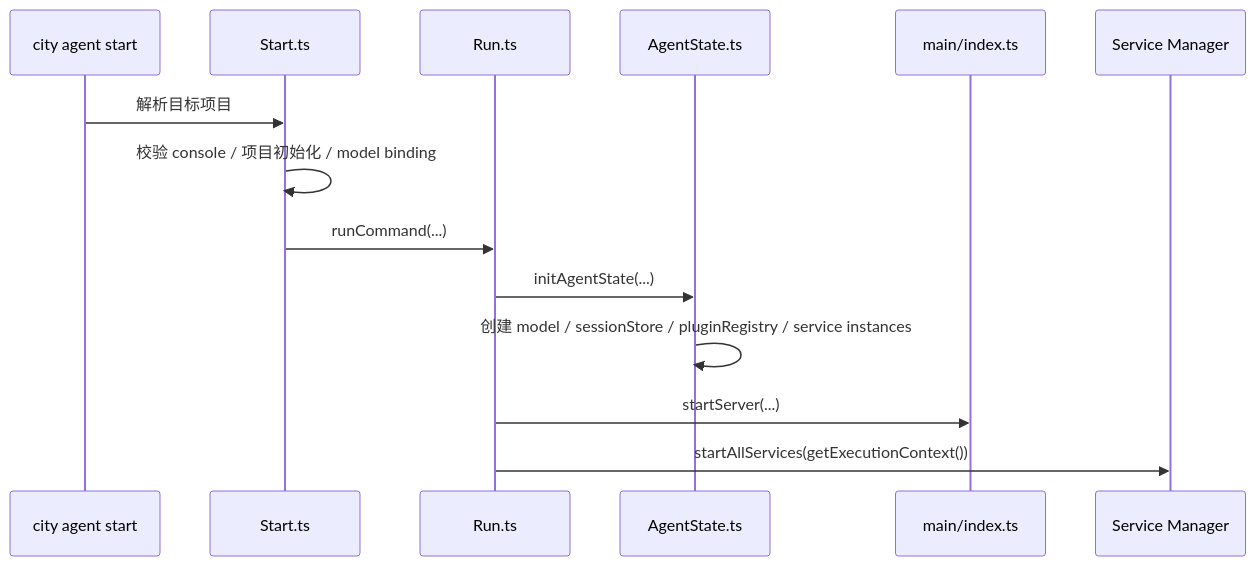
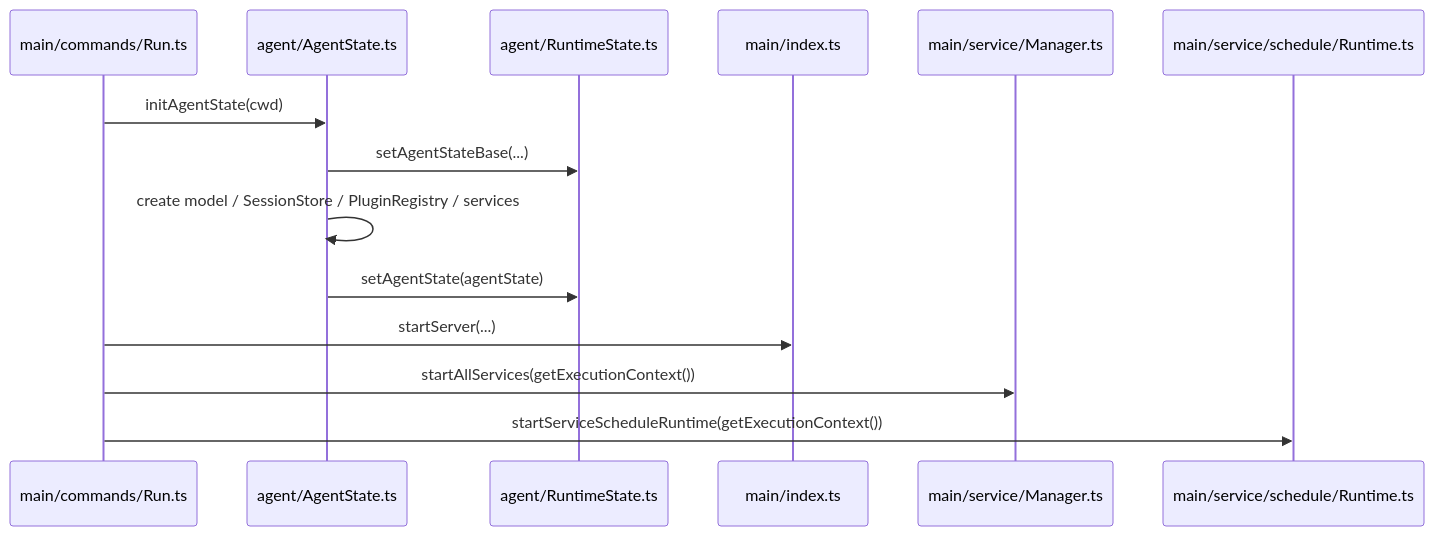
The sixth of 7 diagrams in devdocs/agent-native-architecture-design.md (wangenius/downcity), drawn with Mermaid before and after one commit. The commit also changed other lines of this file and 96 other files, not shown here.

````diff
--- a/devdocs/agent-native-architecture-design.md
+++ b/devdocs/agent-native-architecture-design.md
@@ -344,17 +214,17 @@
 ```mermaid
 sequenceDiagram
-  participant CLI as city agent start
-  participant START as Start.ts
-  participant RUN as Run.ts
-  participant AGENT as AgentState.ts
+  participant RUN as main/commands/Run.ts
+  participant AGENT as agent/AgentState.ts
+  participant STATE as agent/RuntimeState.ts
   participant SERVER as main/index.ts
-  participant SERVICES as Service Manager
+  participant SERVICES as main/service/Manager.ts
+  participant SCHEDULE as main/service/schedule/Runtime.ts
 
-  CLI->>START: 解析目标项目
-  START->>START: 校验 console / 项目初始化 / model binding
-  START->>RUN: runCommand(...)
-  RUN->>AGENT: initAgentState(...)
-  AGENT->>AGENT: 创建 model / sessionStore / pluginRegistry / service instances
+  RUN->>AGENT: initAgentState(cwd)
+  AGENT->>STATE: setAgentStateBase(...)
+  AGENT->>AGENT: create model / SessionStore / PluginRegistry / services
+  AGENT->>STATE: setAgentState(agentState)
   RUN->>SERVER: startServer(...)
   RUN->>SERVICES: startAllServices(getExecutionContext())
+  RUN->>SCHEDULE: startServiceScheduleRuntime(getExecutionContext())
 ```
````
